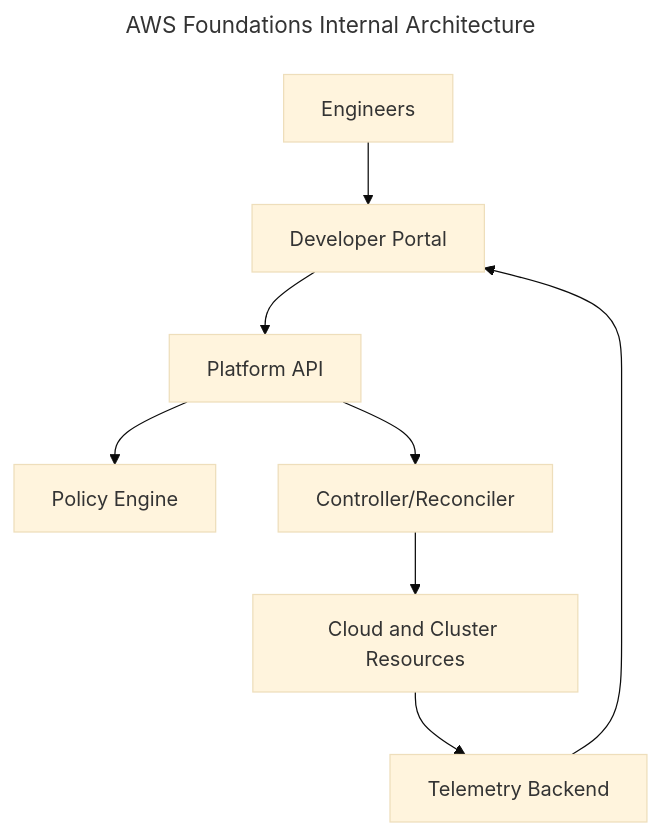
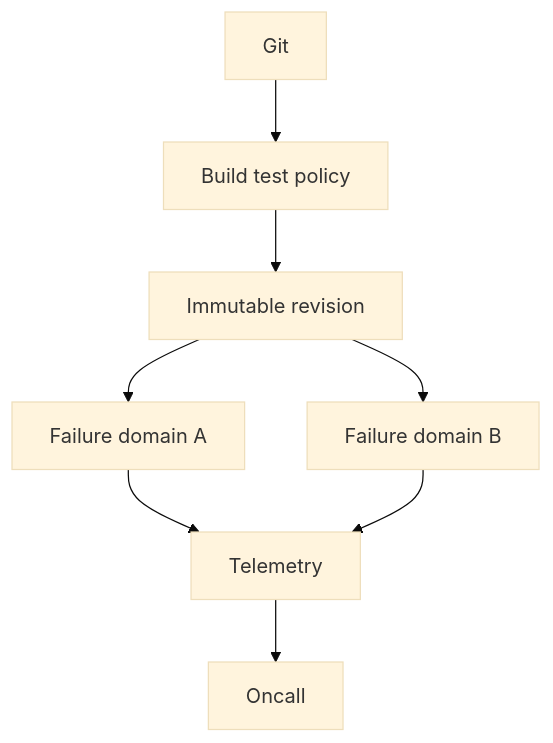
Before and after one commit to m1mohamad/devops-sre-prep: the second of 2 diagrams in docs/chapters/aws-foundations.md, drawn with Mermaid (base theme). The commit also changed other lines of this file and 100 other files, not shown here.

````diff
--- a/docs/chapters/aws-foundations.md
+++ b/docs/chapters/aws-foundations.md
@@ -38,13 +41,10 @@
 ```mermaid
----
-title: AWS Foundations Internal Architecture
----
 flowchart TB
-  Users[Engineers] --> Portal[Developer Portal]
-  Portal --> API[Platform API]
-  API --> Policy[Policy Engine]
-  API --> Controller[Controller/Reconciler]
-  Controller --> Infra[Cloud and Cluster Resources]
-  Infra --> Telemetry[Telemetry Backend]
-  Telemetry --> Portal
+  Git --> Verify[Build test policy]
+  Verify --> Artifact[Immutable revision]
+  Artifact --> A[Failure domain A]
+  Artifact --> B[Failure domain B]
+  A --> Telemetry
+  B --> Telemetry
+  Telemetry --> Oncall
 ```
````
